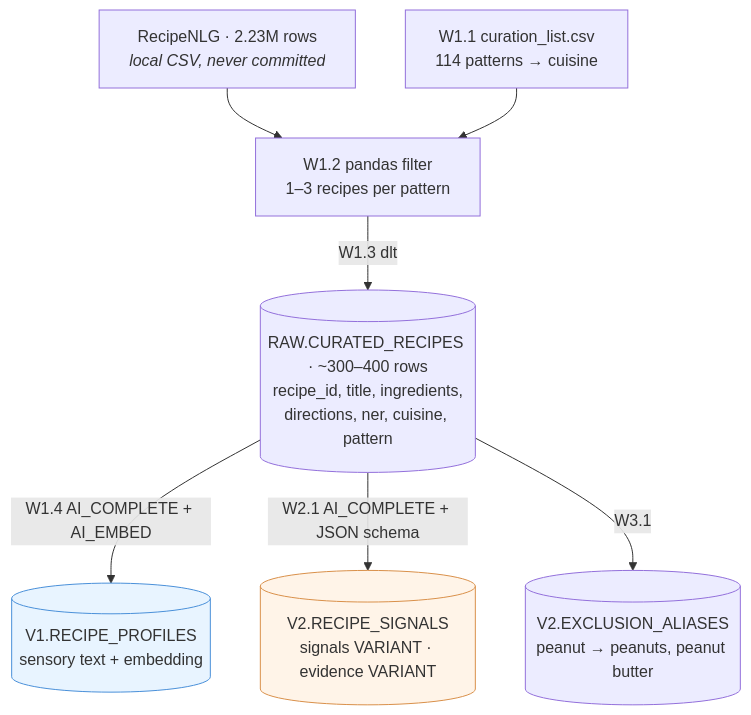
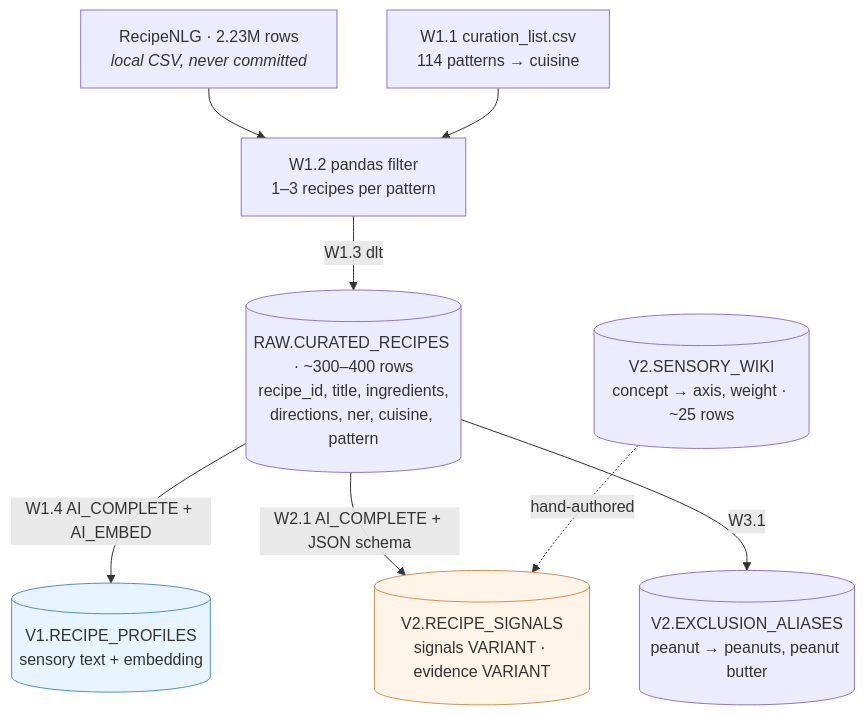
Before and after one commit to syp0000/CravingRAG: the first of 2 diagrams in PLAN.md, drawn with Mermaid. The commit also changed other lines of this file and 1 other file, not shown here.

First line of the commit message:
Restore the sensory wiki as a concept-to-axis table

````diff
--- a/PLAN.md
+++ b/PLAN.md
@@ -38,20 +67,22 @@
 ```mermaid
 flowchart TD
     CSV["RecipeNLG · 2.23M rows<br/><i>local CSV, never committed</i>"]
     LIST["W1.1 curation_list.csv<br/>114 patterns → cuisine"]
     FILTER["W1.2 pandas filter<br/>1–3 recipes per pattern"]
     RAW[("RAW.CURATED_RECIPES · ~300–400 rows<br/>recipe_id, title, ingredients,<br/>directions, ner, cuisine, pattern")]
     V1T[("V1.RECIPE_PROFILES<br/>sensory text + embedding")]
     V2T[("V2.RECIPE_SIGNALS<br/>signals VARIANT · evidence VARIANT")]
     ALIAS[("V2.EXCLUSION_ALIASES<br/>peanut → peanuts, peanut butter")]
+    WIKI[("V2.SENSORY_WIKI<br/>concept → axis, weight · ~25 rows")]
 
     CSV --> FILTER
     LIST --> FILTER
     FILTER -->|W1.3 dlt| RAW
     RAW -->|"W1.4 AI_COMPLETE + AI_EMBED"| V1T
     RAW -->|"W2.1 AI_COMPLETE + JSON schema"| V2T
     RAW -->|W3.1| ALIAS
+    WIKI -.hand-authored.-> V2T
 
     style V1T fill:#e8f4ff,stroke:#4a90d9
     style V2T fill:#fff4e8,stroke:#d9904a
 ```
````
